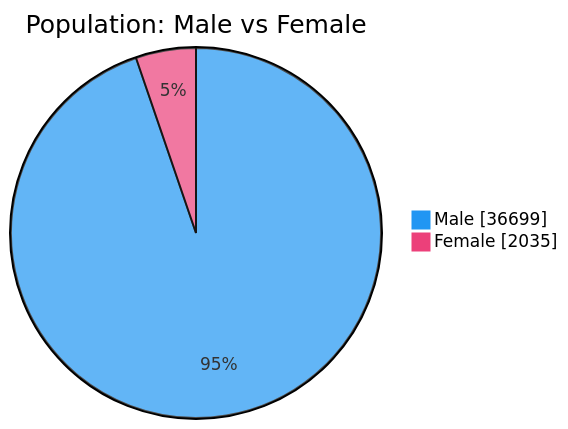
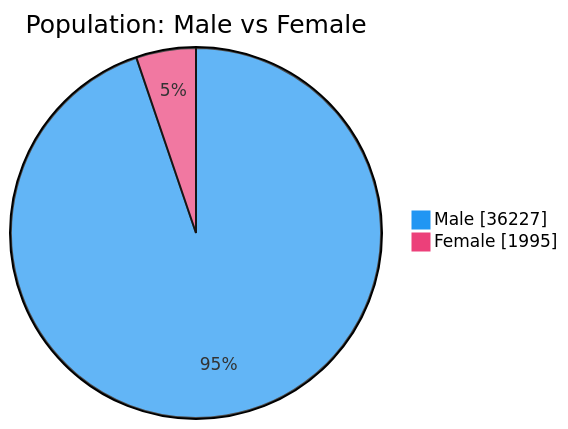
Before and after one commit to nuuuwan/lk_prisons: the second of 7 diagrams in README.md, drawn with Mermaid. The commit also changed other lines of this file and 1 other file, not shown here.

````diff
--- a/README.md
+++ b/README.md
@@ -54,6 +54,6 @@
 ```mermaid
 %%{init: {'themeVariables': {'pie1': '#2196F3', 'pie2': '#EC407A'}}}%%
 pie showData title Population: Male vs Female
-    "Male" : 36699
-    "Female" : 2035
+    "Male" : 36227
+    "Female" : 1995
 ```
````
